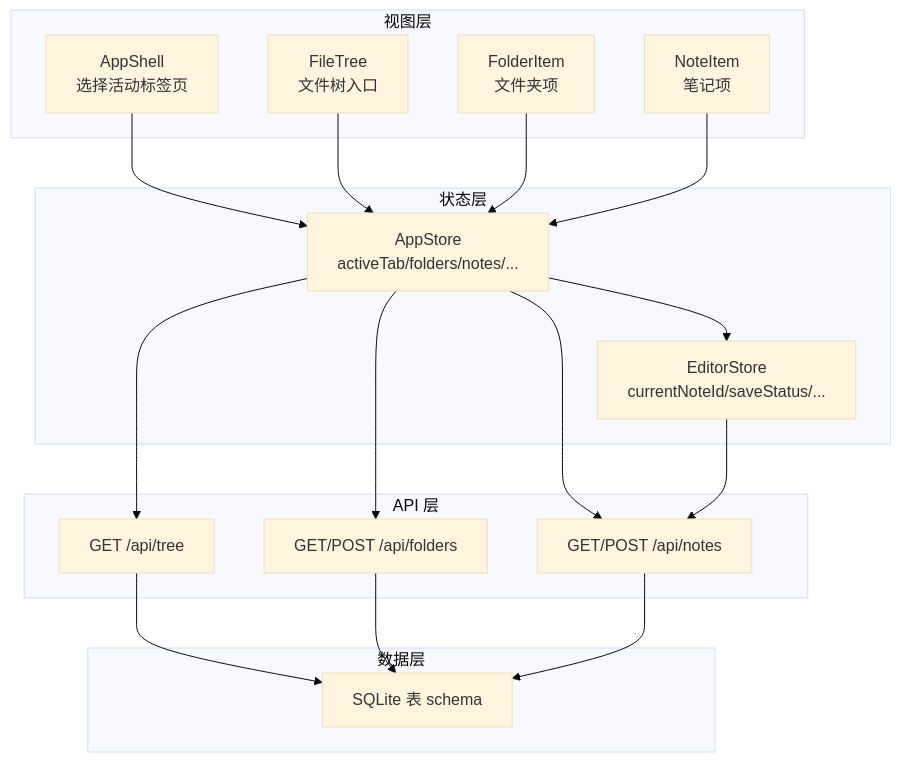
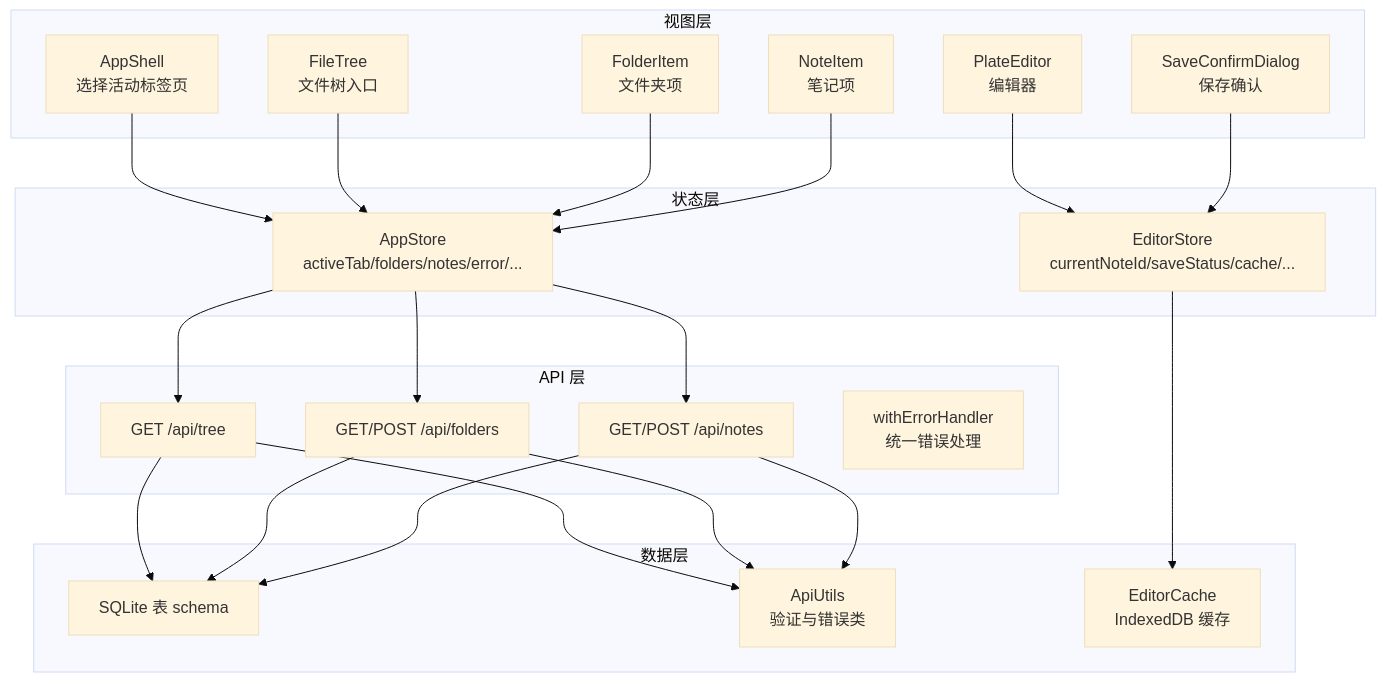
One commit to BlackBoxRecorder/uninote changed the first of 5 diagrams in .qoder/repowiki/zh/content/状态管理/全局应用状态.md. Above: the diagram before and after it, drawn with Mermaid (base theme). The commit also changed other lines of this file and 9 other files, not shown here.

````diff
--- a/.qoder/repowiki/zh/content/状态管理/全局应用状态.md
+++ b/.qoder/repowiki/zh/content/状态管理/全局应用状态.md
@@ -38,33 +51,42 @@
 ```mermaid
 graph TB
 subgraph "视图层"
 AppShell["AppShell<br/>选择活动标签页"]
 FileTree["FileTree<br/>文件树入口"]
 FolderItem["FolderItem<br/>文件夹项"]
 NoteItem["NoteItem<br/>笔记项"]
+PlateEditor["PlateEditor<br/>编辑器"]
+ConfirmDialog["SaveConfirmDialog<br/>保存确认"]
 end
 subgraph "状态层"
-AppStore["AppStore<br/>activeTab/folders/notes/..."]
-EditorStore["EditorStore<br/>currentNoteId/saveStatus/..."]
+AppStore["AppStore<br/>activeTab/folders/notes/error/..."]
+EditorStore["EditorStore<br/>currentNoteId/saveStatus/cache/..."]
 end
 subgraph "API 层"
 TreeAPI["GET /api/tree"]
 FoldersAPI["GET/POST /api/folders"]
 NotesAPI["GET/POST /api/notes"]
+WithErrorHandler["withErrorHandler<br/>统一错误处理"]
 end
 subgraph "数据层"
 Schema["SQLite 表 schema"]
+ApiUtils["ApiUtils<br/>验证与错误类"]
+EditorCache["EditorCache<br/>IndexedDB 缓存"]
 end
 AppShell --> AppStore
 FileTree --> AppStore
 FolderItem --> AppStore
 NoteItem --> AppStore
+PlateEditor --> EditorStore
+ConfirmDialog --> EditorStore
 AppStore --> TreeAPI
 AppStore --> FoldersAPI
 AppStore --> NotesAPI
-AppStore --> EditorStore
-EditorStore --> NotesAPI
+TreeAPI --> ApiUtils
+FoldersAPI --> ApiUtils
+NotesAPI --> ApiUtils
 TreeAPI --> Schema
 FoldersAPI --> Schema
 NotesAPI --> Schema
+EditorStore --> EditorCache
 ```
````
